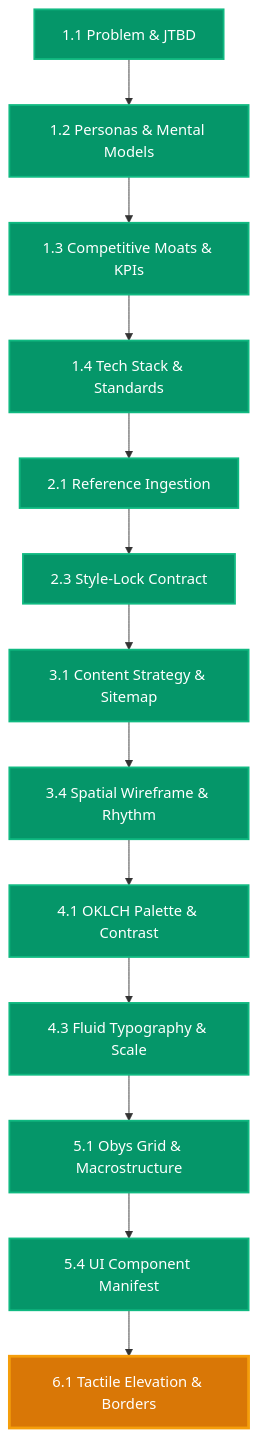
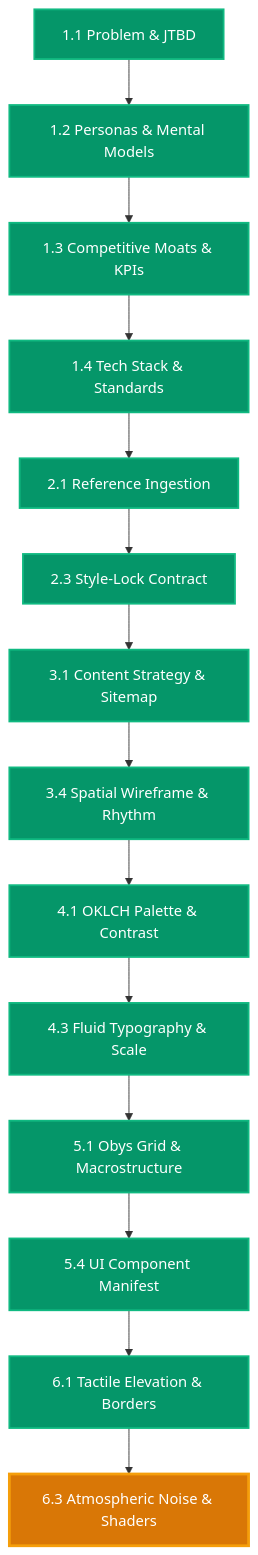
One commit to atinek-182/Vidya-Dham-Academy changed the diagram in RESUME.md. Above: the diagram before and after it, drawn with Mermaid. The commit also changed other lines of this file and 6 other files, not shown here.

````diff
--- a/RESUME.md
+++ b/RESUME.md
@@ -41,19 +42,20 @@
 ```mermaid
 graph TD
   P1_1["1.1 Problem & JTBD"]:::completed --> P1_2["1.2 Personas & Mental Models"]:::completed
   P1_2 --> P1_3["1.3 Competitive Moats & KPIs"]:::completed
   P1_3 --> P1_4["1.4 Tech Stack & Standards"]:::completed
   P1_4 --> P2_1["2.1 Reference Ingestion"]:::completed
   P2_1 --> P2_3["2.3 Style-Lock Contract"]:::completed
   P2_3 --> P3_1["3.1 Content Strategy & Sitemap"]:::completed
   P3_1 --> P3_4["3.4 Spatial Wireframe & Rhythm"]:::completed
   P3_4 --> P4_1["4.1 OKLCH Palette & Contrast"]:::completed
   P4_1 --> P4_3["4.3 Fluid Typography & Scale"]:::completed
   P4_3 --> P5_1["5.1 Obys Grid & Macrostructure"]:::completed
   P5_1 --> P5_4["5.4 UI Component Manifest"]:::completed
-  P5_4 --> P6_1["6.1 Tactile Elevation & Borders"]:::active
+  P5_4 --> P6_1["6.1 Tactile Elevation & Borders"]:::completed
+  P6_1 --> P6_3["6.3 Atmospheric Noise & Shaders"]:::active
 
   classDef completed fill:#059669,stroke:#10b981,color:#ffffff,stroke-width:2px;
   classDef active fill:#d97706,stroke:#f59e0b,color:#ffffff,stroke-width:3px;
   classDef pending fill:#1f2937,stroke:#374151,color:#9ca3af,stroke-width:1px;
 ```
````
